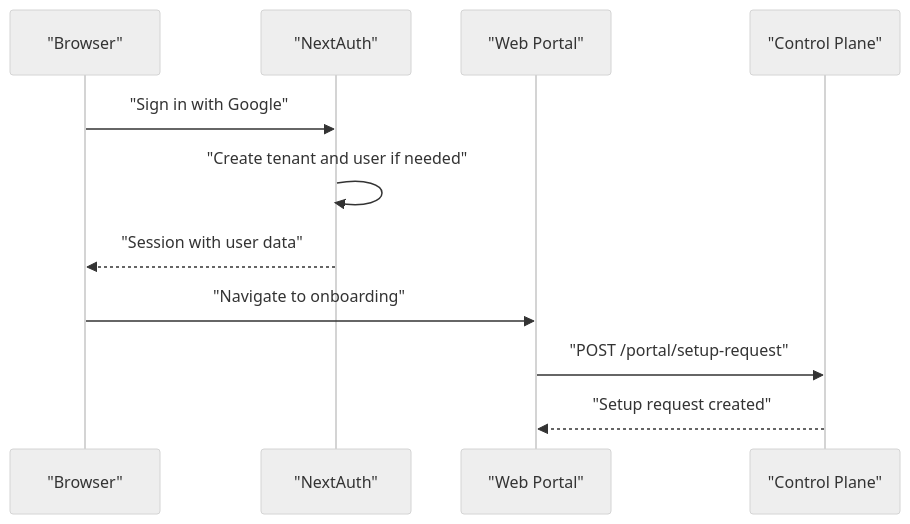
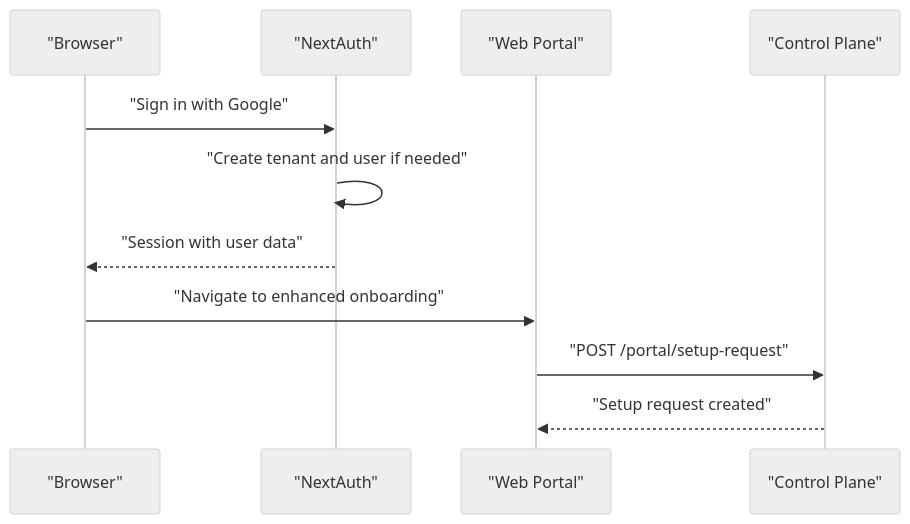
The fifth of 8 diagrams in .qoder/repowiki/en/content/Database Design/Core Entities/User and SetupRequest Entities.md (askchiwa-spec/FLOW-HQ-BOT), drawn with Mermaid (neutral theme) before and after one commit. The commit also changed other lines of this file and 69 other files, not shown here.

````diff
--- a/.qoder/repowiki/en/content/Database Design/Core Entities/User and SetupRequest Entities.md
+++ b/.qoder/repowiki/en/content/Database Design/Core Entities/User and SetupRequest Entities.md
@@ -266,13 +306,13 @@
 ```mermaid
 sequenceDiagram
 participant Browser as "Browser"
 participant NextAuth as "NextAuth"
 participant Portal as "Web Portal"
 participant ControlPlane as "Control Plane"
 Browser->>NextAuth : "Sign in with Google"
 NextAuth->>NextAuth : "Create tenant and user if needed"
 NextAuth-->>Browser : "Session with user data"
-Browser->>Portal : "Navigate to onboarding"
+Browser->>Portal : "Navigate to enhanced onboarding"
 Portal->>ControlPlane : "POST /portal/setup-request"
 ControlPlane-->>Portal : "Setup request created"
 ```
````
